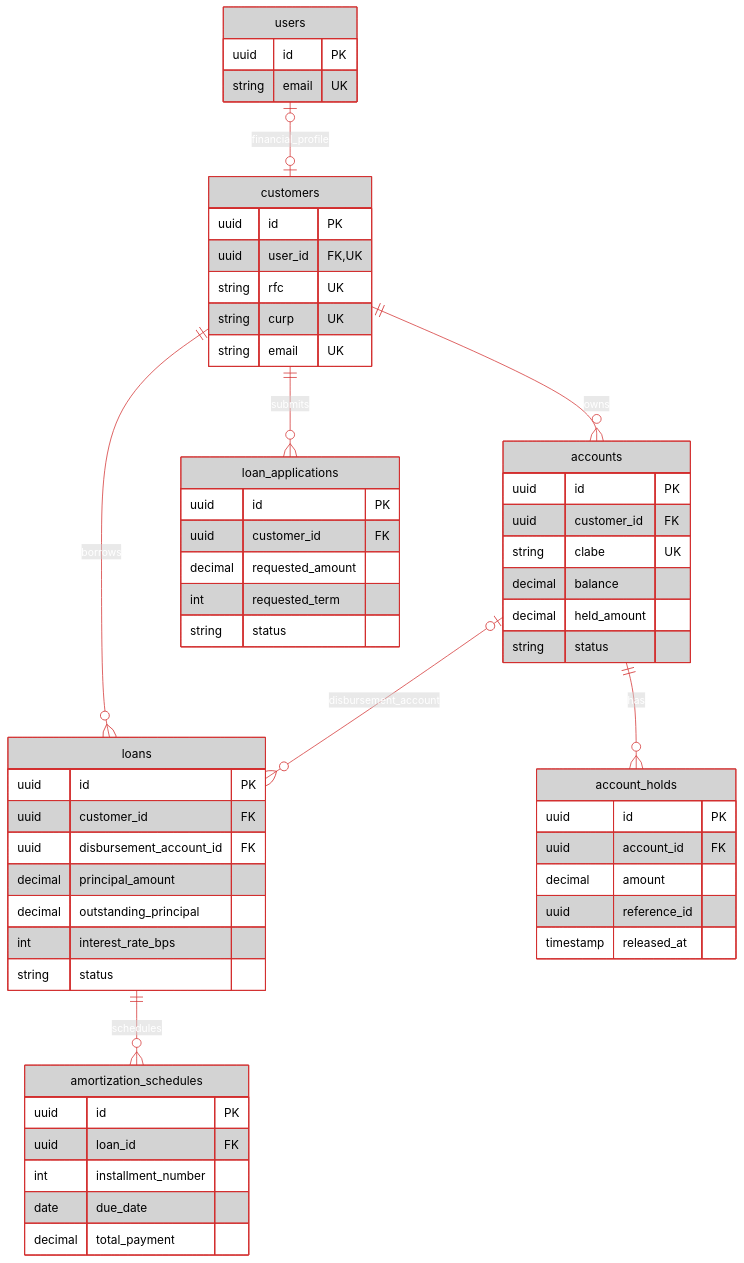
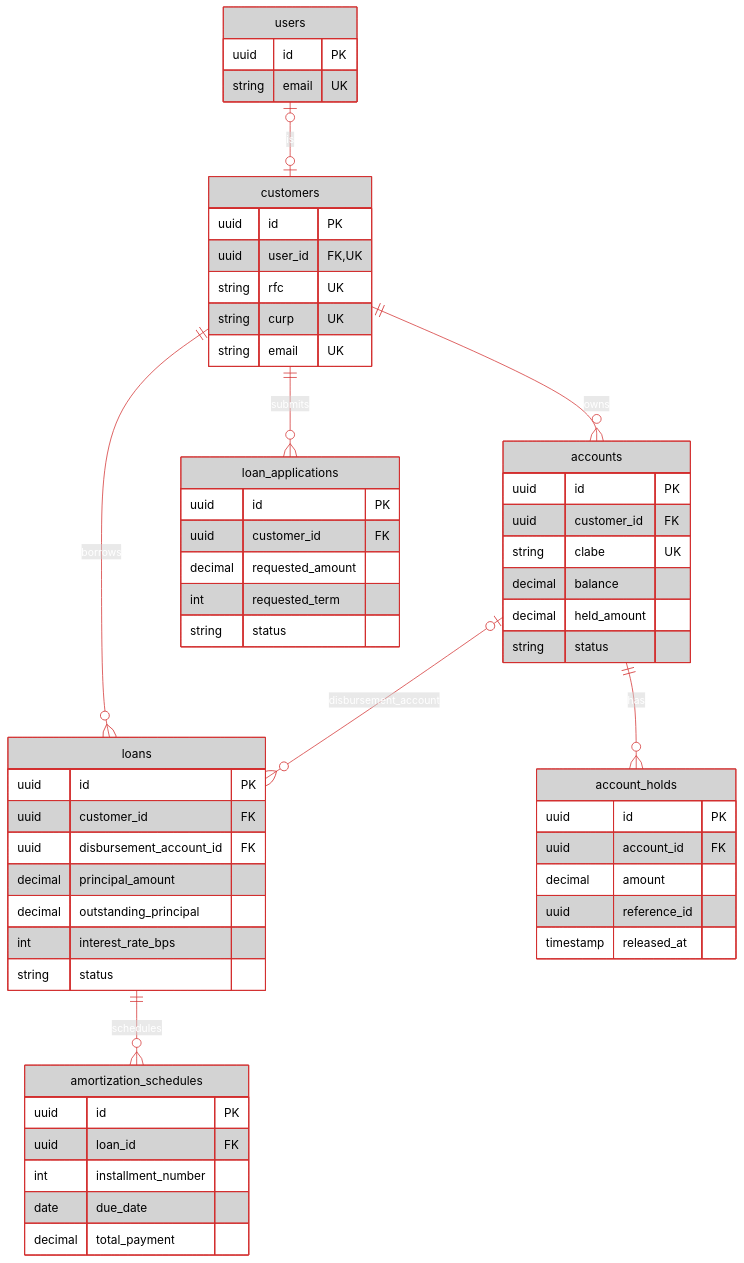
Before and after one commit to Rho-Studio/rho-studio-back-end: the third of 4 diagrams in DataModel.md, drawn with Mermaid. The commit also changed other lines of this file and 1 other file, not shown here.

````diff
--- a/DataModel.md
+++ b/DataModel.md
@@ -271,68 +273,68 @@
 ```mermaid
 %%{init: {"theme":"base","themeVariables":{"background":"#FFFFFF","mainBkg":"#FFFFFF","primaryColor":"#333333","primaryTextColor":"#FFFFFF","primaryBorderColor":"#D32F2F","lineColor":"#D32F2F","secondaryColor":"#4A4A4A","secondaryTextColor":"#FFFFFF","secondaryBorderColor":"#D32F2F","tertiaryColor":"#D3D3D3","tertiaryTextColor":"#333333","tertiaryBorderColor":"#D32F2F","textColor":"#333333"}}}%%
 erDiagram
-  users o|--o| customers : financial_profile
+  users o|--o| customers : is
   customers ||--o{ accounts : owns
   customers ||--o{ loan_applications : submits
   customers ||--o{ loans : borrows
   accounts ||--o{ account_holds : has
   loans ||--o{ amortization_schedules : schedules
   accounts o|--o{ loans : disbursement_account
 
   users {
     uuid id PK
     string email UK
   }
   customers {
     uuid id PK
     uuid user_id FK, UK
     string rfc UK
     string curp UK
     string email UK
   }
   accounts {
     uuid id PK
     uuid customer_id FK
     string clabe UK
     decimal balance
     decimal held_amount
     string status
   }
   account_holds {
     uuid id PK
     uuid account_id FK
     decimal amount
     uuid reference_id
     timestamp released_at
   }
   loan_applications {
     uuid id PK
     uuid customer_id FK
     decimal requested_amount
     int requested_term
     string status
   }
   loans {
     uuid id PK
     uuid customer_id FK
     uuid disbursement_account_id FK
     decimal principal_amount
     decimal outstanding_principal
     int interest_rate_bps
     string status
   }
   amortization_schedules {
     uuid id PK
     uuid loan_id FK
     int installment_number
     date due_date
     decimal total_payment
   }
 
   classDef appNode fill:#D32F2F,stroke:#FFFFFF,color:#FFFFFF
   classDef featureNode fill:#4A4A4A,stroke:#D32F2F,color:#FFFFFF
   classDef coreNode fill:#333333,stroke:#D32F2F,color:#FFFFFF
   classDef domainNode fill:#4A4A4A,stroke:#333333,color:#FFFFFF
   classDef dataNode fill:#D3D3D3,stroke:#D32F2F,color:#000000
   class users,customers,accounts,account_holds,loan_applications,loans,amortization_schedules dataNode
 ```
````
